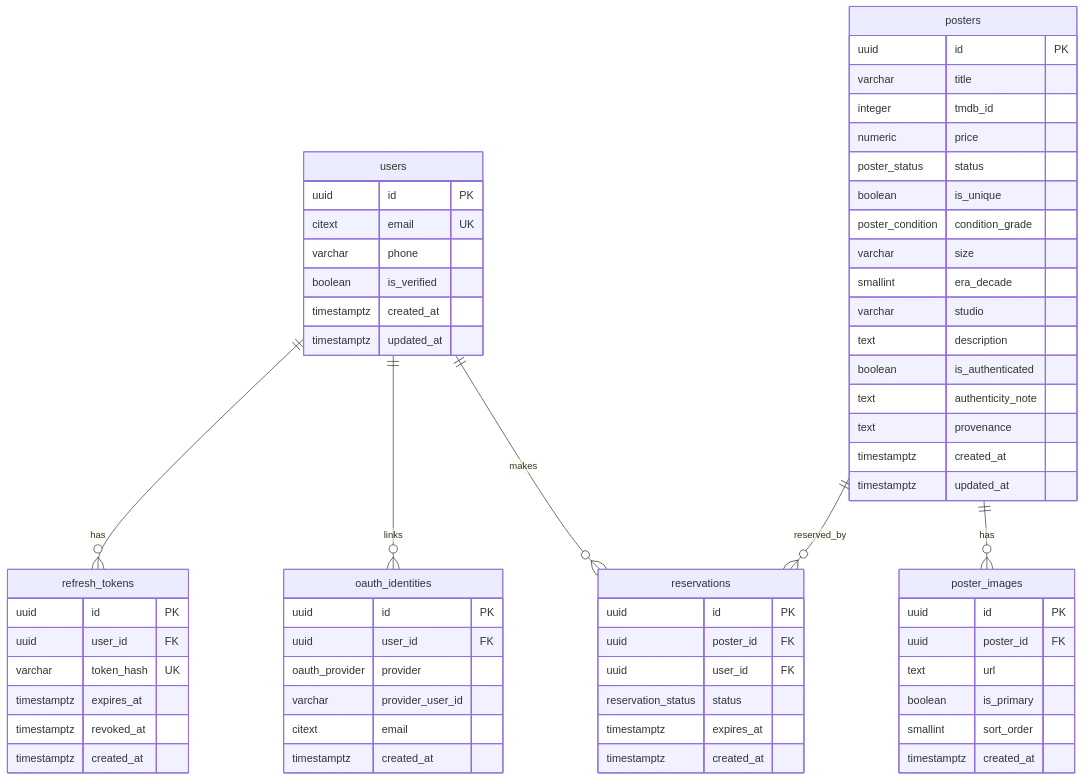
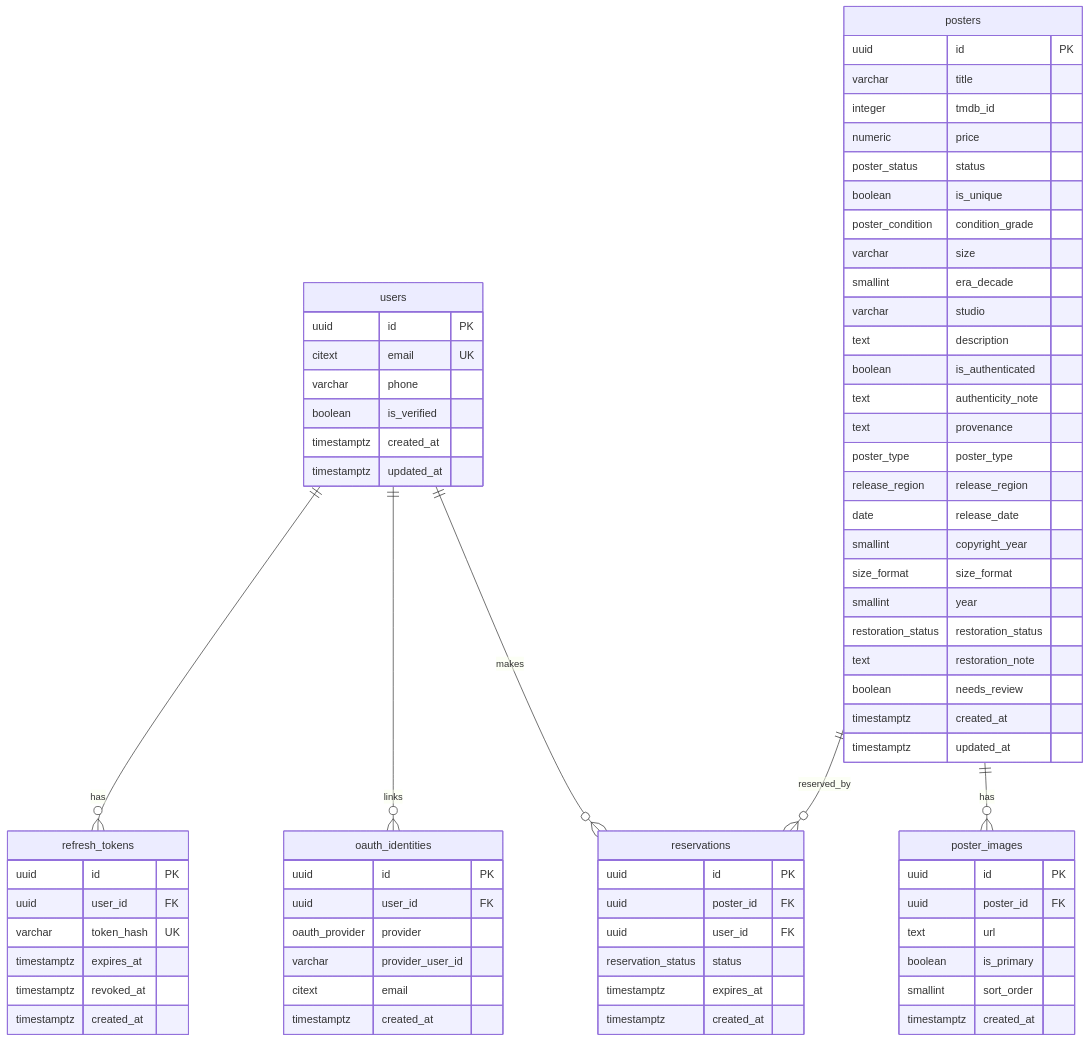
One commit to Chanothai/posternung-backend changed the diagram in docs/database-design.md. Above: the diagram before and after it, drawn with Mermaid. The commit also changed other lines of this file and 10 other files, not shown here.

````diff
--- a/docs/database-design.md
+++ b/docs/database-design.md
@@ -197,67 +222,76 @@
 ```mermaid
 erDiagram
     users ||--o{ refresh_tokens : has
     users ||--o{ oauth_identities : links
     users ||--o{ reservations : makes
     posters ||--o{ poster_images : has
     posters ||--o{ reservations : reserved_by
 
     users {
         uuid id PK
         citext email UK
         varchar phone
         boolean is_verified
         timestamptz created_at
         timestamptz updated_at
     }
     oauth_identities {
         uuid id PK
         uuid user_id FK
         oauth_provider provider
         varchar provider_user_id
         citext email
         timestamptz created_at
     }
     refresh_tokens {
         uuid id PK
         uuid user_id FK
         varchar token_hash UK
         timestamptz expires_at
         timestamptz revoked_at
         timestamptz created_at
     }
     posters {
         uuid id PK
         varchar title
         integer tmdb_id
         numeric price
         poster_status status
         boolean is_unique
         poster_condition condition_grade
         varchar size
         smallint era_decade
         varchar studio
         text description
         boolean is_authenticated
         text authenticity_note
         text provenance
+        poster_type poster_type
+        release_region release_region
+        date release_date
+        smallint copyright_year
+        size_format size_format
+        smallint year
+        restoration_status restoration_status
+        text restoration_note
+        boolean needs_review
         timestamptz created_at
         timestamptz updated_at
     }
     poster_images {
         uuid id PK
         uuid poster_id FK
         text url
         boolean is_primary
         smallint sort_order
         timestamptz created_at
     }
     reservations {
         uuid id PK
         uuid poster_id FK
         uuid user_id FK
         reservation_status status
         timestamptz expires_at
         timestamptz created_at
     }
 ```
````
